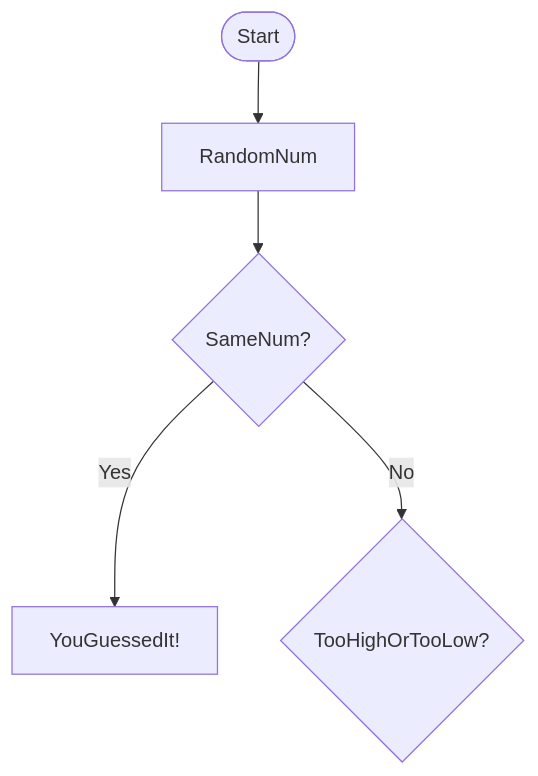
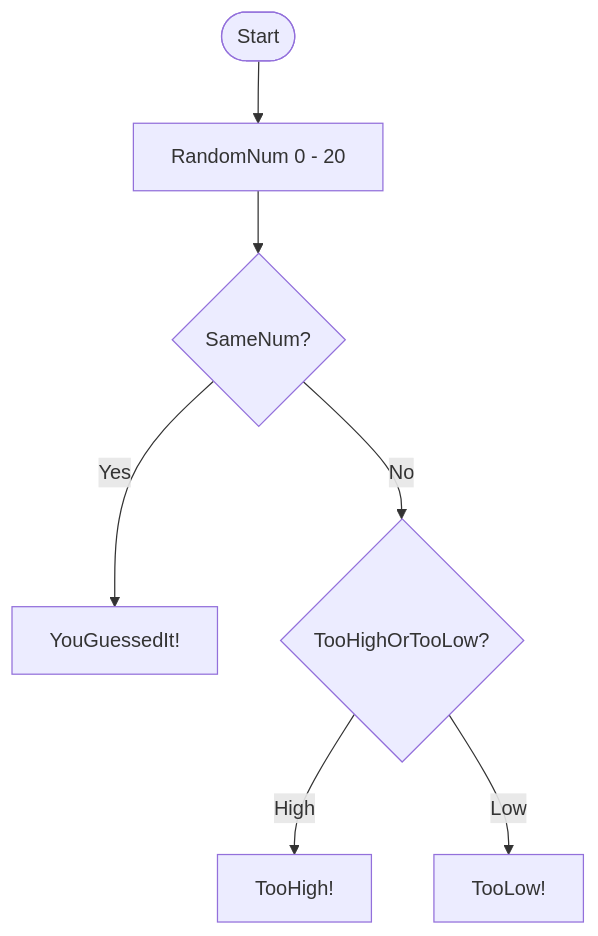
The diagram in README.md (Fate127/Fate127.github.io), drawn with Mermaid before and after one commit.

````diff
--- a/README.md
+++ b/README.md
@@ -22,7 +22,9 @@
 ```mermaid
 flowchart TD
-Start([Start]) --> RandomNum[RandomNum]
+Start([Start]) --> RandomNum[RandomNum 0 - 20]
 RandomNum --> SameNum?{SameNum?}
 SameNum? -- Yes --> YouGuessedIt![YouGuessedIt!]
 SameNum? -- No --> TooHighOrTooLow?{TooHighOrTooLow?}
+TooHighOrTooLow? -- High --> TooHigh![TooHigh!]
+TooHighOrTooLow? -- Low --> TooLow![TooLow!]
 ```
````
